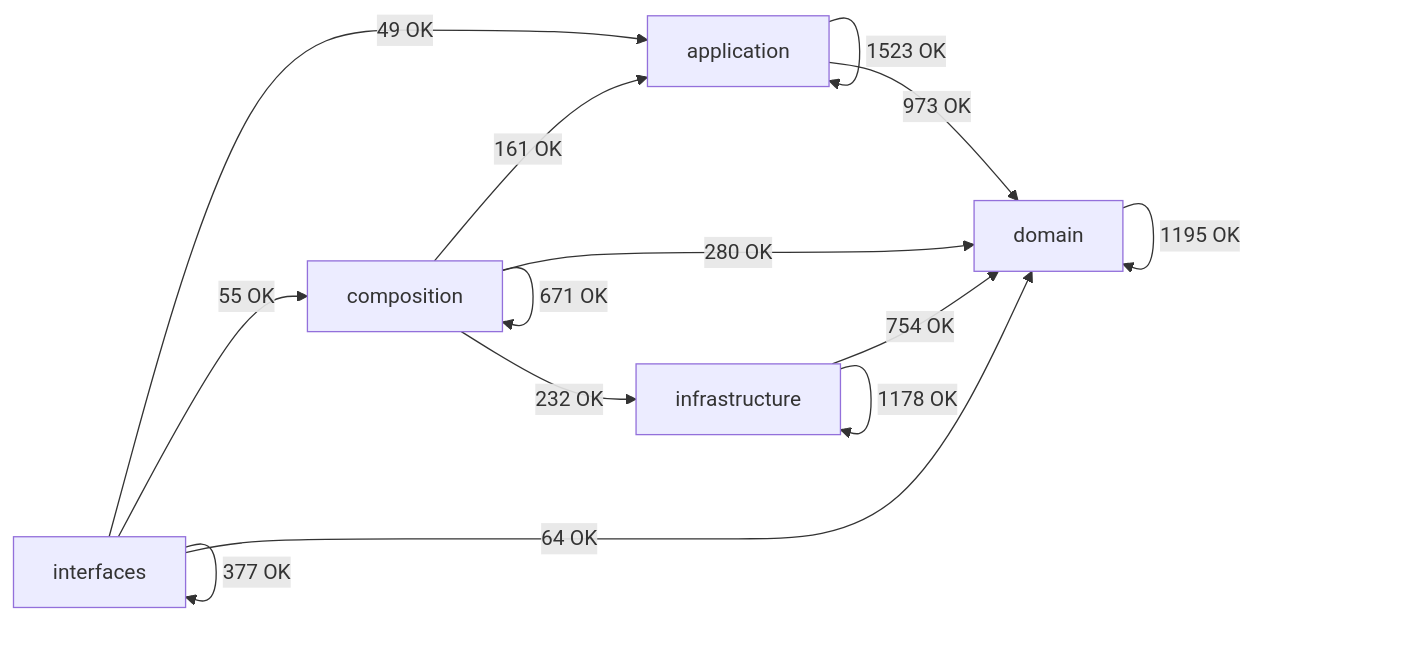
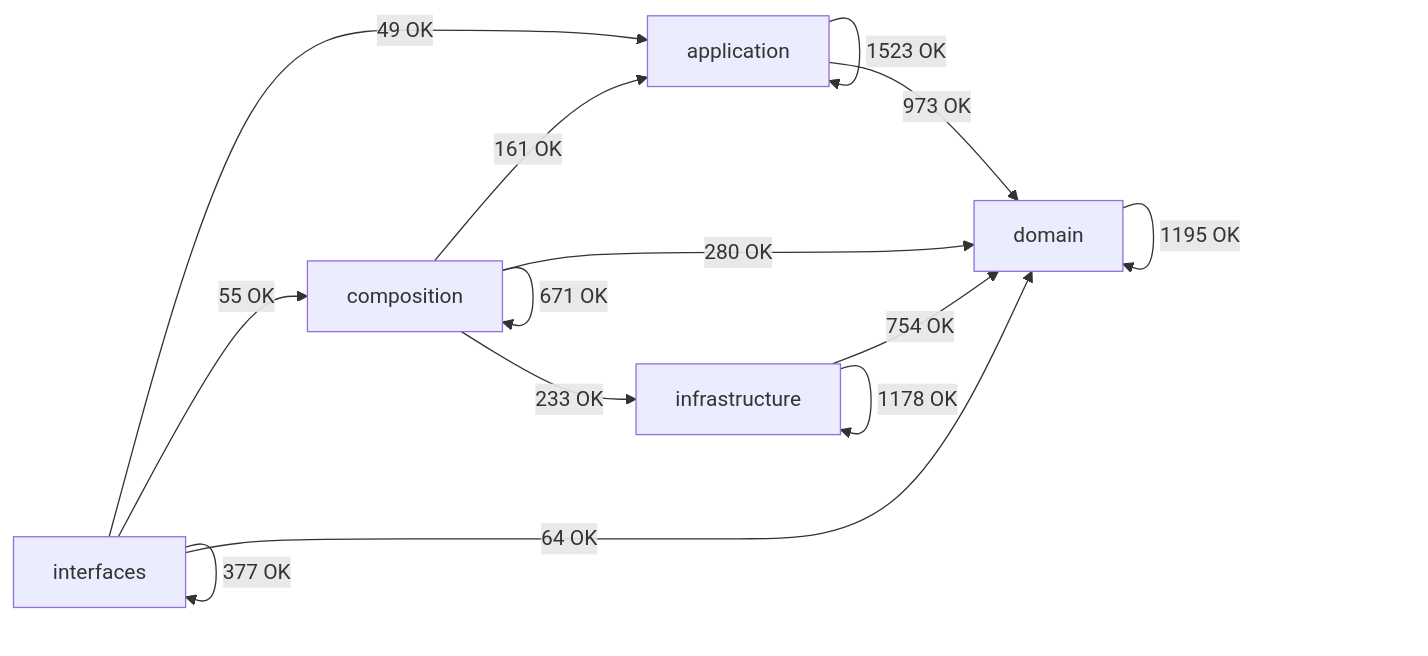
Before and after one commit to SatoryKono/BioactivityDataAcquisition: the diagram in docs/02-architecture/generated/module-dependency-map.md, drawn with Mermaid. The commit also changed other lines of this file and 18 other files, not shown here.

````diff
--- a/docs/02-architecture/generated/module-dependency-map.md
+++ b/docs/02-architecture/generated/module-dependency-map.md
@@ -17,21 +17,21 @@
 ```mermaid
 flowchart LR
     domain[domain]
     application[application]
     infrastructure[infrastructure]
     composition[composition]
     interfaces[interfaces]
     application -->|1523 OK| application
     application -->|973 OK| domain
     composition -->|161 OK| application
     composition -->|671 OK| composition
     composition -->|280 OK| domain
-    composition -->|232 OK| infrastructure
+    composition -->|233 OK| infrastructure
     domain -->|1195 OK| domain
     infrastructure -->|754 OK| domain
     infrastructure -->|1178 OK| infrastructure
     interfaces -->|49 OK| application
     interfaces -->|55 OK| composition
     interfaces -->|64 OK| domain
     interfaces -->|377 OK| interfaces
 ```
````
